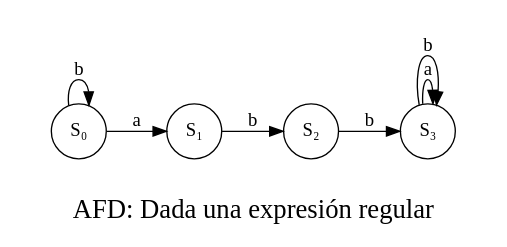
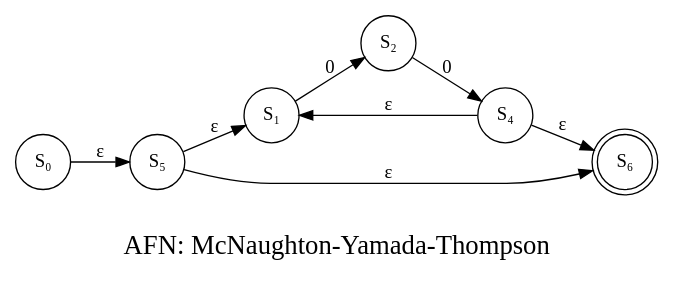
Before and after one commit to LucaBia/automatas-finitos: the diagram in Digraph.gv, drawn with Graphviz. The commit also changed 4 other files, not shown here.

```diff
--- a/Digraph.gv
+++ b/Digraph.gv
@@ -1,18 +1,24 @@
-// AFD
+// AFN
 digraph {
 	rankdir=LR size=15
 	label="
-AFD: Dada una expresión regular"
+AFN: McNaughton-Yamada-Thompson"
 	fontsize=20
 	node [shape=circle]
-	S0 [label="S₀"]
 	S1 [label="S₁"]
 	S2 [label="S₂"]
-	S3 [label="S₃"]
-	S0 -> S1 [label=a]
-	S0 -> S0 [label=b]
-	S1 -> S2 [label=b]
-	S2 -> S3 [label=b]
-	S3 -> S3 [label=a]
-	S3 -> S3 [label=b]
+	S1 -> S2 [label=0]
+	S2 [label="S₂"]
+	S4 [label="S₄"]
+	S2 -> S4 [label=0]
+	S5 [label="S₅"]
+	S1 [label="S₁"]
+	S5 -> S1 [label="ε"]
+	S6 [label="S₆" shape=doublecircle]
+	S4 [label="S₄"]
+	S4 -> S6 [label="ε"]
+	S5 -> S6 [label="ε"]
+	S4 -> S1 [label="ε"]
+	S0 [label="S₀"]
+	S0 -> S5 [label="ε"]
 }
```
